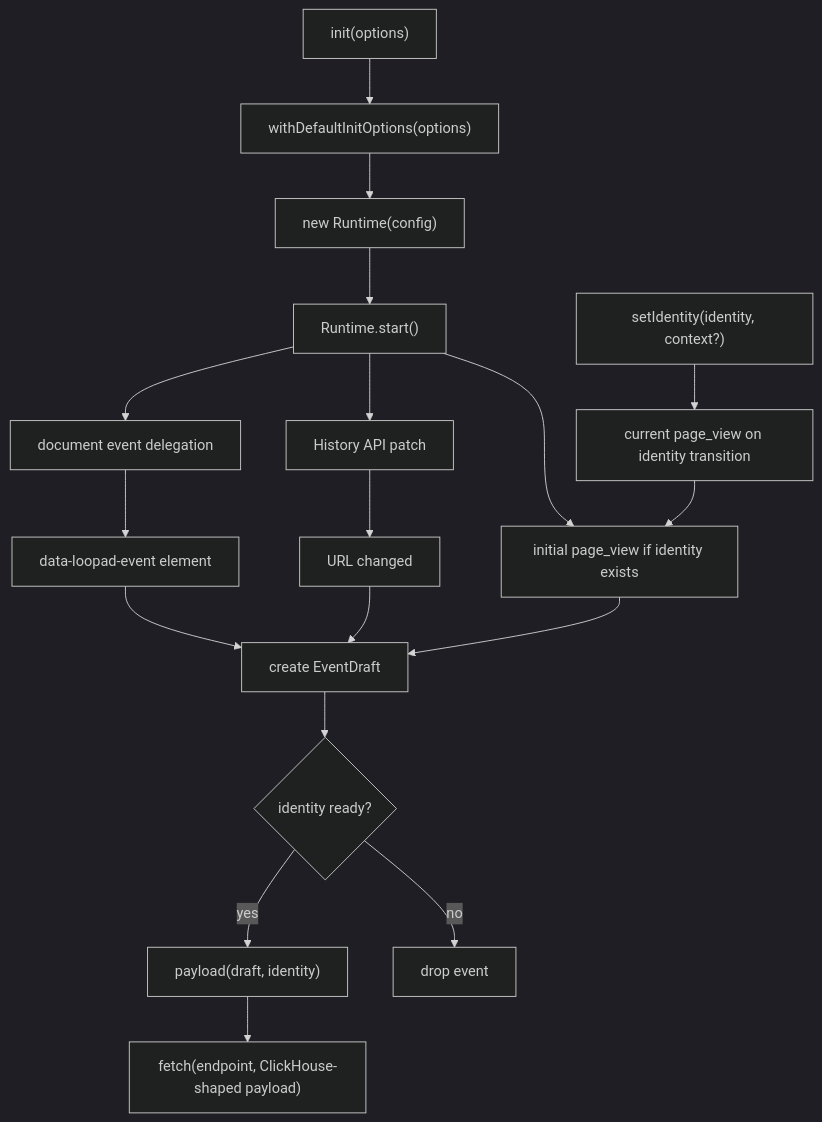
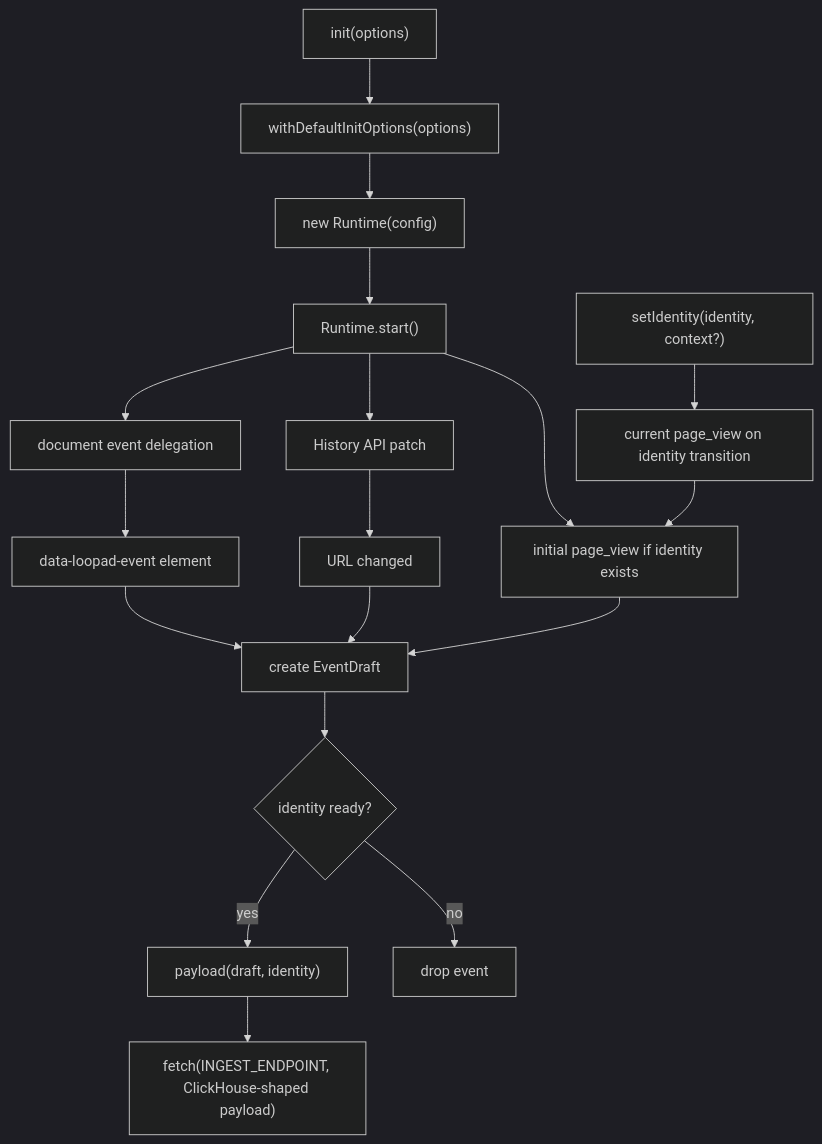
One commit to krafton-jungle-project-4team/loop-ad_event_sdk changed the diagram in docs/code-structure-tutorial.md. Above: the diagram before and after it, drawn with Mermaid (dark theme). The commit also changed other lines of this file and 4 other files, not shown here.

Commit message:
Fix ingest endpoint contract

````diff
--- a/docs/code-structure-tutorial.md
+++ b/docs/code-structure-tutorial.md
@@ -8,20 +8,20 @@
 ```mermaid
 flowchart TD
     A["init(options)"] --> B["withDefaultInitOptions(options)"]
     B --> C["new Runtime(config)"]
     C --> D["Runtime.start()"]
     D --> E["document event delegation"]
     D --> F["History API patch"]
     D --> G["initial page_view if identity exists"]
     E --> H["data-loopad-event element"]
     F --> I["URL changed"]
     H --> J["create EventDraft"]
     I --> J
     G --> J
     J --> K{"identity ready?"}
     K -->|yes| L["payload(draft, identity)"]
     K -->|no| M["drop event"]
     N["setIdentity(identity, context?)"] --> O["current page_view on identity transition"]
     O --> G
-    L --> P["fetch(endpoint, ClickHouse-shaped payload)"]
+    L --> P["fetch(INGEST_ENDPOINT, ClickHouse-shaped payload)"]
 ```
````
